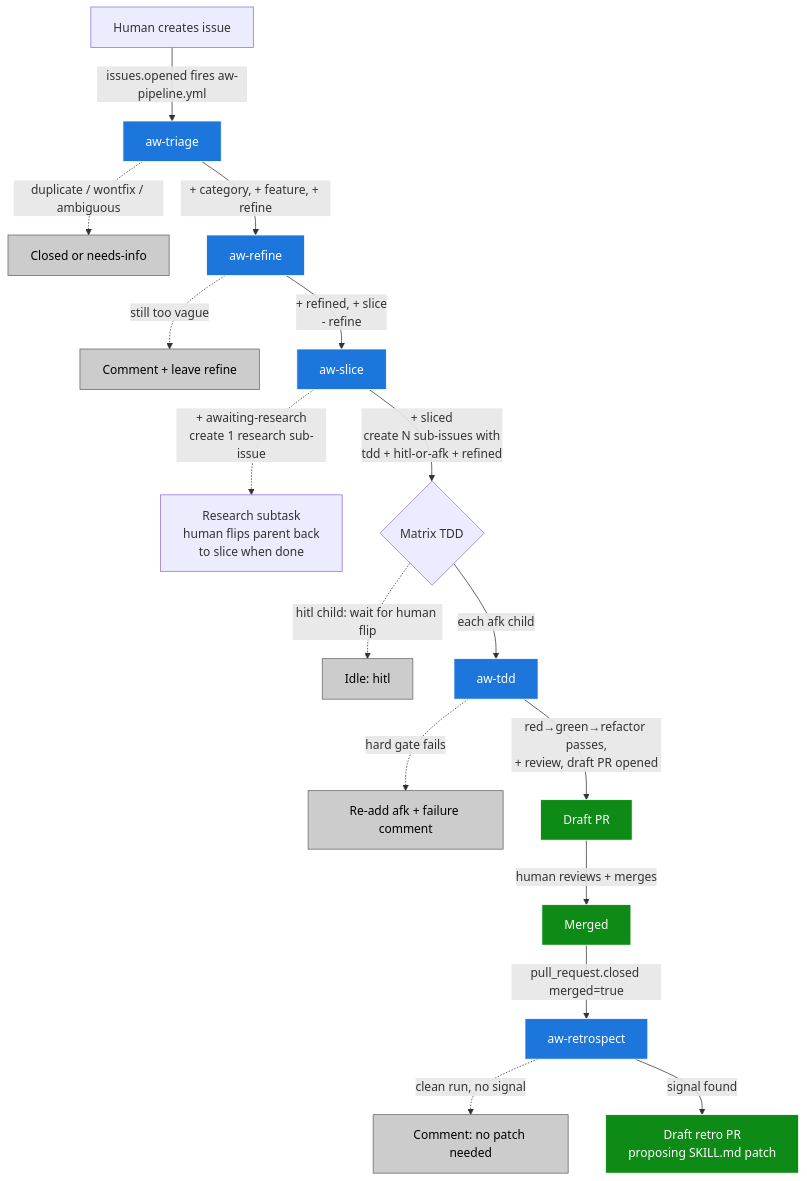
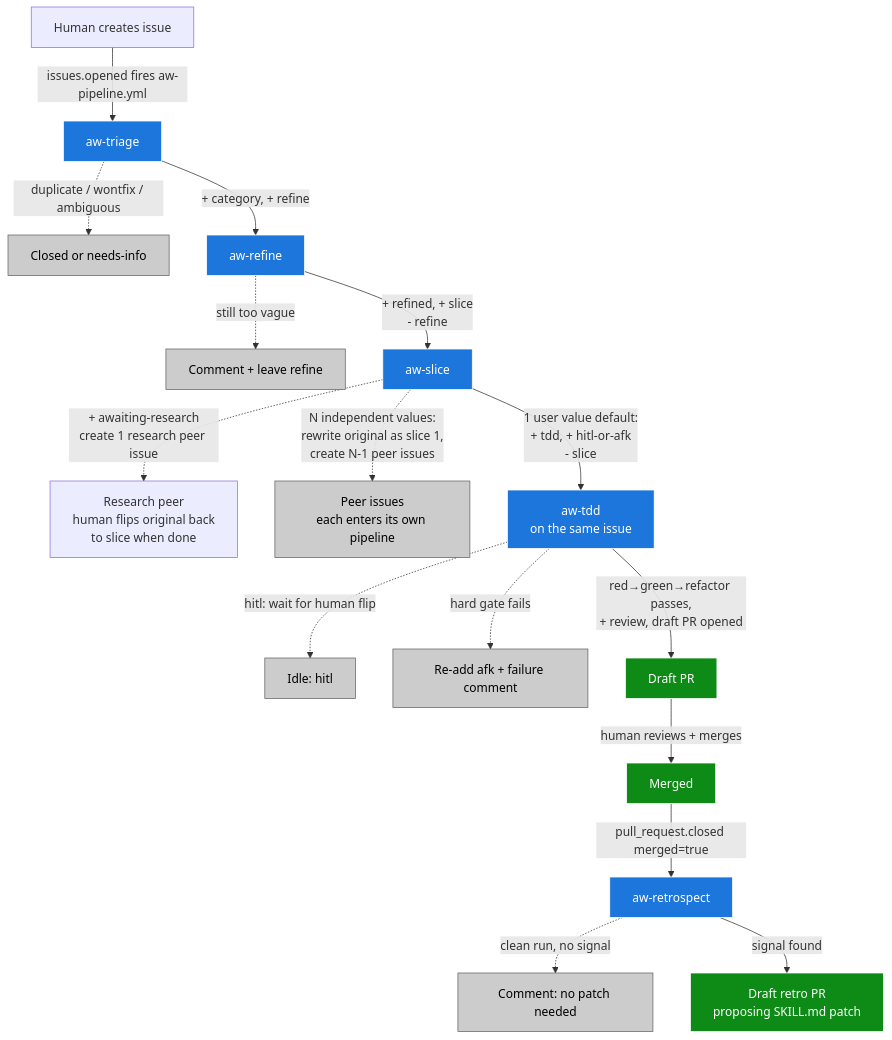
One commit to PeterBlenessy/notesage changed the diagram in docs/agentic-workflow.md. Above: the diagram before and after it, drawn with Mermaid. The commit also changed other lines of this file, not shown here.

First line of the commit message:
docs(agentic-workflow): trim from 624 → ~260 lines + reflect peer-issue model

````diff
--- a/docs/agentic-workflow.md
+++ b/docs/agentic-workflow.md
@@ -36,25 +35,25 @@
 ```mermaid
 flowchart TD
   A[Human creates issue] -->|issues.opened fires aw-pipeline.yml| B[aw-triage]
   B -.->|duplicate / wontfix / ambiguous| Z[Closed or needs-info]
-  B -->|+ category, + feature, + refine| C[aw-refine]
+  B -->|+ category, + refine| C[aw-refine]
   C -.->|still too vague| W[Comment + leave refine]
   C -->|+ refined, + slice<br/>- refine| D[aw-slice]
-  D -.->|+ awaiting-research<br/>create 1 research sub-issue| R[Research subtask<br/>human flips parent back<br/>to slice when done]
-  D -->|+ sliced<br/>create N sub-issues with<br/>tdd + hitl-or-afk + refined| E{Matrix TDD}
-  E -.->|hitl child: wait for human flip| H[Idle: hitl]
-  E -->|each afk child| F[aw-tdd]
+  D -.->|+ awaiting-research<br/>create 1 research peer issue| R[Research peer<br/>human flips original back<br/>to slice when done]
+  D -.->|N independent values:<br/>rewrite original as slice 1,<br/>create N-1 peer issues| E[Peer issues<br/>each enters its own pipeline]
+  D -->|1 user value default:<br/>+ tdd, + hitl-or-afk<br/>- slice| F[aw-tdd<br/>on the same issue]
+  F -.->|hitl: wait for human flip| H[Idle: hitl]
   F -.->|hard gate fails| FAIL[Re-add afk + failure comment]
   F -->|red→green→refactor passes,<br/>+ review, draft PR opened| G[Draft PR]
   G -->|human reviews + merges| M[Merged]
   M -->|pull_request.closed merged=true| N[aw-retrospect]
   N -.->|clean run, no signal| P[Comment: no patch needed]
   N -->|signal found| O[Draft retro PR<br/>proposing SKILL.md patch]
 
   classDef skill fill:#1d76db,stroke:#fff,color:#fff
   classDef terminal fill:#0e8a16,stroke:#fff,color:#fff
   classDef stop fill:#cccccc,stroke:#666,color:#000
   class B,C,D,F,N skill
   class G,M,O terminal
-  class Z,W,H,FAIL,P stop
+  class Z,W,H,FAIL,P,E stop
 ```
````
